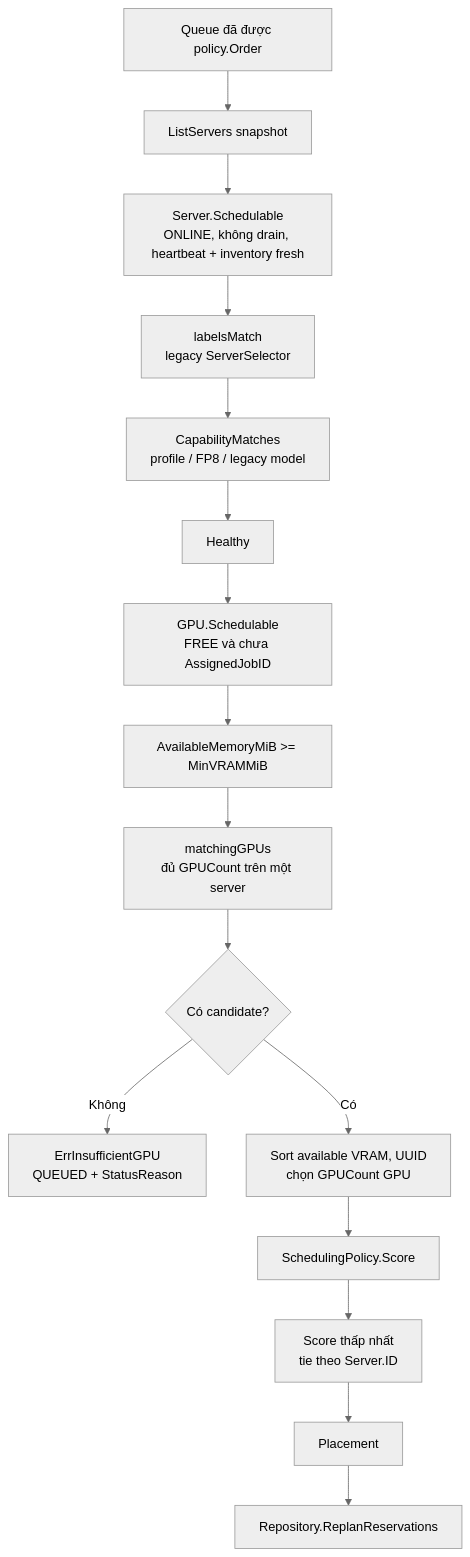
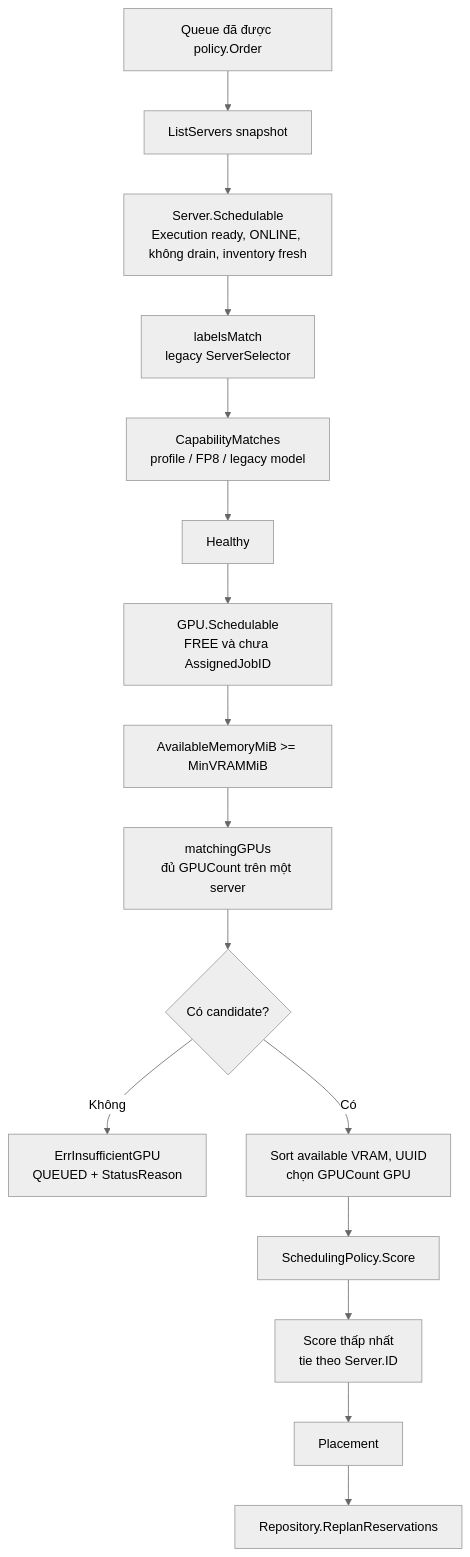
The ninth of 15 diagrams in docs/SYSTEM_DESIGN.md (NgocDungK68/docker-gpu-server-platform), drawn with Mermaid (neutral theme) before and after one commit. The commit also changed other lines of this file and 10 other files, not shown here.

```diff
--- a/docs/SYSTEM_DESIGN.md
+++ b/docs/SYSTEM_DESIGN.md
@@ -330,18 +356,18 @@
 ~~~mermaid
 flowchart TD
     Q["Queue đã được policy.Order"] --> SNAP["ListServers snapshot"]
-    SNAP --> SERVER["Server.Schedulable<br/>ONLINE, không drain, heartbeat + inventory fresh"]
+    SNAP --> SERVER["Server.Schedulable<br/>Execution ready, ONLINE, không drain, inventory fresh"]
     SERVER --> LABEL["labelsMatch<br/>legacy ServerSelector"]
     LABEL --> CAP["CapabilityMatches<br/>profile / FP8 / legacy model"]
     CAP --> HEALTH["Healthy"]
     HEALTH --> FREE["GPU.Schedulable<br/>FREE và chưa AssignedJobID"]
     FREE --> VRAM["AvailableMemoryMiB >= MinVRAMMiB"]
     VRAM --> COUNT["matchingGPUs<br/>đủ GPUCount trên một server"]
     COUNT --> HAS{"Có candidate?"}
     HAS -->|Không| WAIT["ErrInsufficientGPU<br/>QUEUED + StatusReason"]
     HAS -->|Có| GPU["Sort available VRAM, UUID<br/>chọn GPUCount GPU"]
     GPU --> SCORE["SchedulingPolicy.Score"]
     SCORE --> PICK["Score thấp nhất<br/>tie theo Server.ID"]
     PICK --> PROP["Placement"]
     PROP --> RES["Repository.ReplanReservations"]
 ~~~
```
